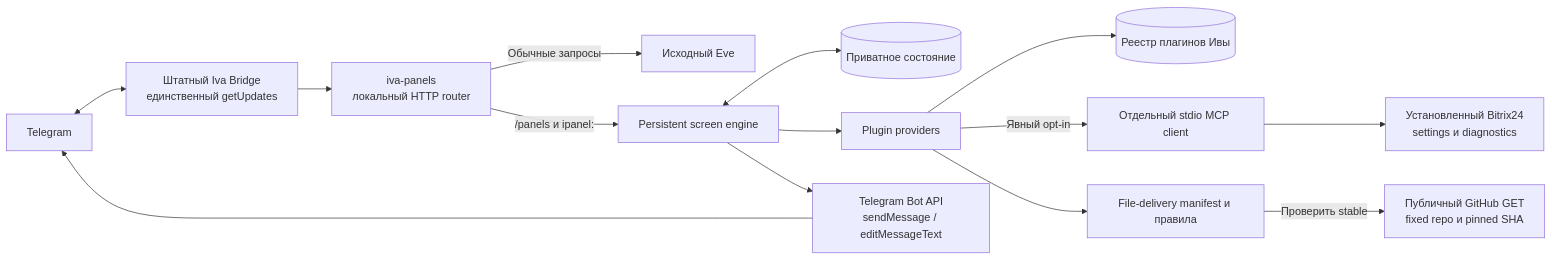
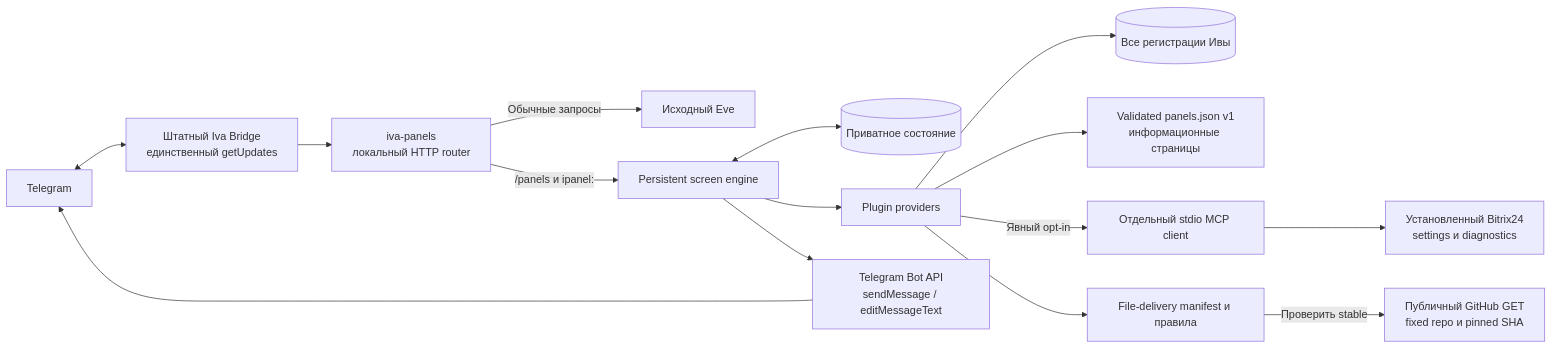
The first of 2 diagrams in docs/ARCHITECTURE.md (mamysh/iva-panels), drawn with Mermaid before and after one commit. The commit also changed other lines of this file and 25 other files, not shown here.

````diff
--- a/docs/ARCHITECTURE.md
+++ b/docs/ARCHITECTURE.md
@@ -5,21 +5,23 @@
 ```mermaid
 flowchart LR
     T[Telegram] <--> B[Штатный Iva Bridge
 единственный getUpdates]
     B --> R[iva-panels
 локальный HTTP router]
     R -->|Обычные запросы| E[Исходный Eve]
     R -->|/panels и ipanel:| S[Persistent screen engine]
     S <--> D[(Приватное состояние)]
     S --> P[Plugin providers]
-    P --> I[(Реестр плагинов Ивы)]
+    P --> I[(Все регистрации Ивы)]
+    P --> V[Validated panels.json v1
+информационные страницы]
     P -->|Явный opt-in| C[Отдельный stdio MCP client]
     C --> X[Установленный Bitrix24
 settings и diagnostics]
     P --> F[File-delivery manifest и правила]
     F -->|Проверить stable| G[Публичный GitHub GET
 fixed repo и pinned SHA]
     S --> A[Telegram Bot API
 sendMessage / editMessageText]
     A --> T
 ```
````
